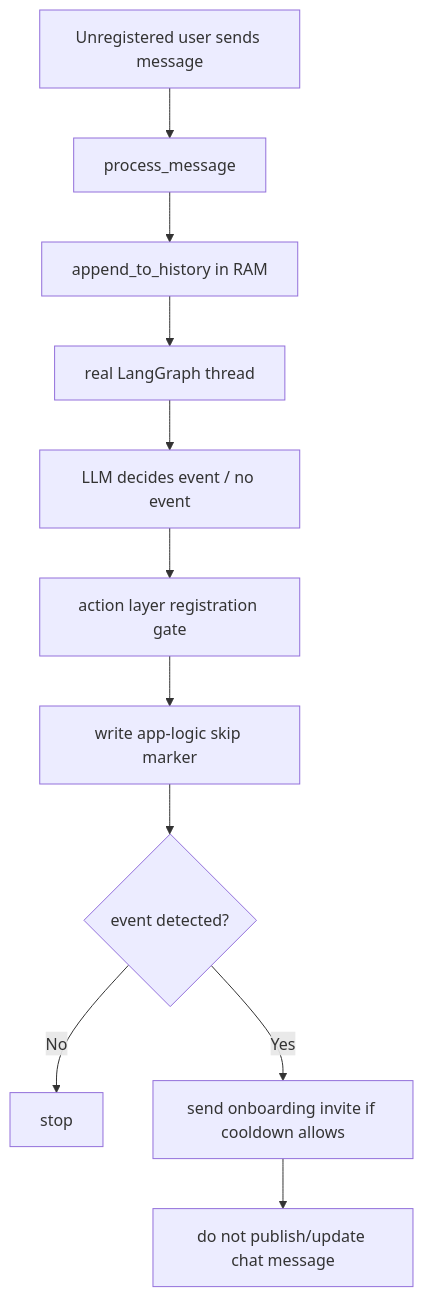
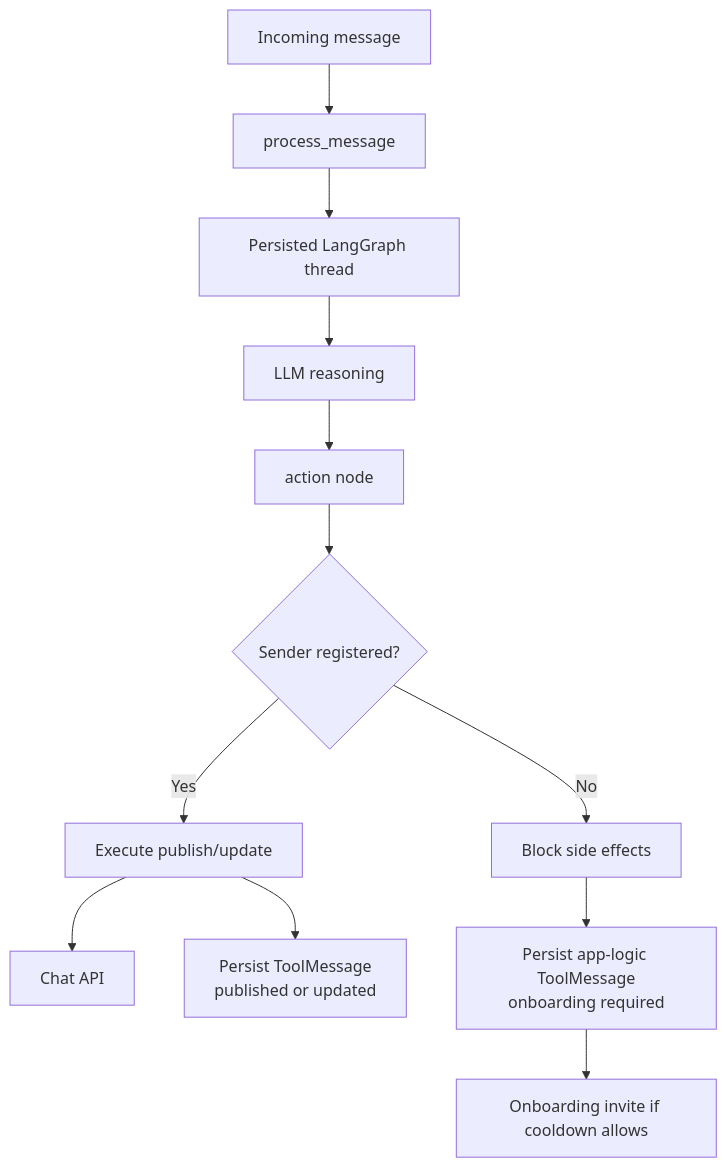
The first of 6 diagrams in journal/analysis/llm_memory_alternatives.md (antlbn/Timezone_bot), drawn with Mermaid before and after one commit. The commit also changed other lines of this file, not shown here.

Commit message:
feat: Revise LLM memory architecture to unify reasoning and execution logic

````diff
--- a/journal/analysis/llm_memory_alternatives.md
+++ b/journal/analysis/llm_memory_alternatives.md
@@ -33,13 +29,16 @@
 ```mermaid
 flowchart TD
-    A[Unregistered user sends message] --> B[process_message]
-    B --> C[append_to_history in RAM]
-    C --> D[real LangGraph thread]
-    D --> E[LLM decides event / no event]
-    E --> F[action layer registration gate]
-    F --> G[write app-logic skip marker]
-    G --> H{event detected?}
-    H -- No --> J[stop]
-    H -- Yes --> K[send onboarding invite if cooldown allows]
-    K --> L[do not publish/update chat message]
+    A[Incoming message] --> B[process_message]
+    B --> C[Persisted LangGraph thread]
+    C --> D[LLM reasoning]
+    D --> E[action node]
+
+    E --> F{Sender registered?}
+    F -- Yes --> G[Execute publish/update]
+    G --> H[Chat API]
+    G --> I[Persist ToolMessage<br/>published or updated]
+
+    F -- No --> J[Block side effects]
+    J --> K[Persist app-logic ToolMessage<br/>onboarding required]
+    K --> L[Onboarding invite if cooldown allows]
 ```
````
